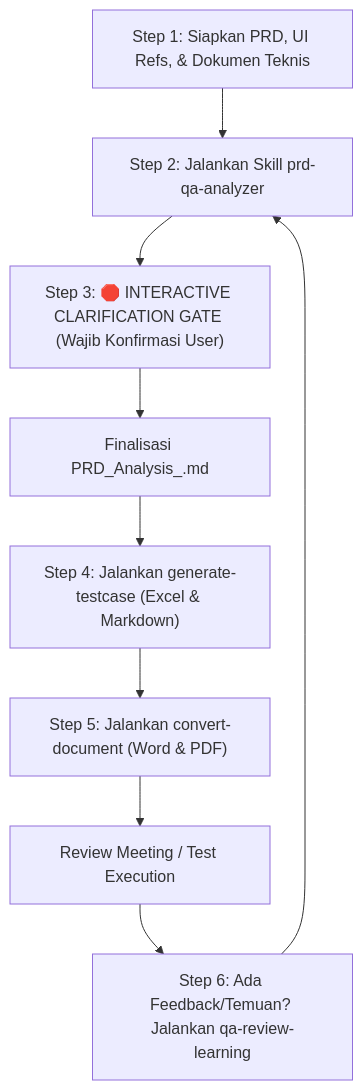
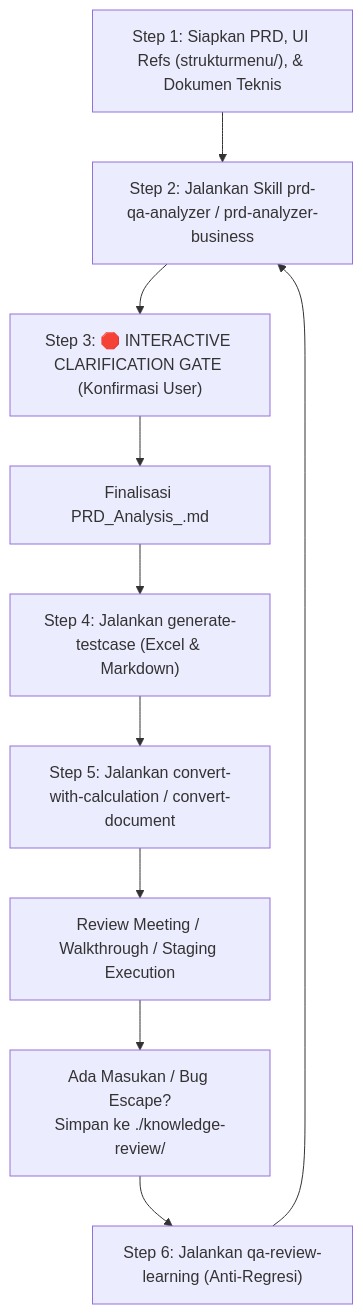
Before and after one commit to fadlyady/prdanalyzer: the diagram in README.md, drawn with Mermaid. The commit also changed other lines of this file and 17 other files, not shown here.

````diff
--- a/README.md
+++ b/README.md
@@ -71,11 +80,12 @@
 ```mermaid
 graph TD
-    A["Step 1: Siapkan PRD, UI Refs, & Dokumen Teknis"] --> B["Step 2: Jalankan Skill prd-qa-analyzer"]
-    B --> C["Step 3: 🛑 INTERACTIVE CLARIFICATION GATE (Wajib Konfirmasi User)"]
+    A["Step 1: Siapkan PRD, UI Refs (strukturmenu/), & Dokumen Teknis"] --> B["Step 2: Jalankan Skill prd-qa-analyzer / prd-analyzer-business"]
+    B --> C["Step 3: 🛑 INTERACTIVE CLARIFICATION GATE (Konfirmasi User)"]
     C --> D["Finalisasi PRD_Analysis_<Feature>.md"]
     D --> E["Step 4: Jalankan generate-testcase (Excel & Markdown)"]
-    E --> F["Step 5: Jalankan convert-document (Word & PDF)"]
-    F --> G["Review Meeting / Test Execution"]
-    G --> H["Step 6: Ada Feedback/Temuan? Jalankan qa-review-learning"]
-    H --> B
+    E --> F["Step 5: Jalankan convert-with-calculation / convert-document"]
+    F --> G["Review Meeting / Walkthrough / Staging Execution"]
+    G --> H["Ada Masukan / Bug Escape?<br/>Simpan ke ./knowledge-review/"]
+    H --> I["Step 6: Jalankan qa-review-learning (Anti-Regresi)"]
+    I --> B
 ```
````
